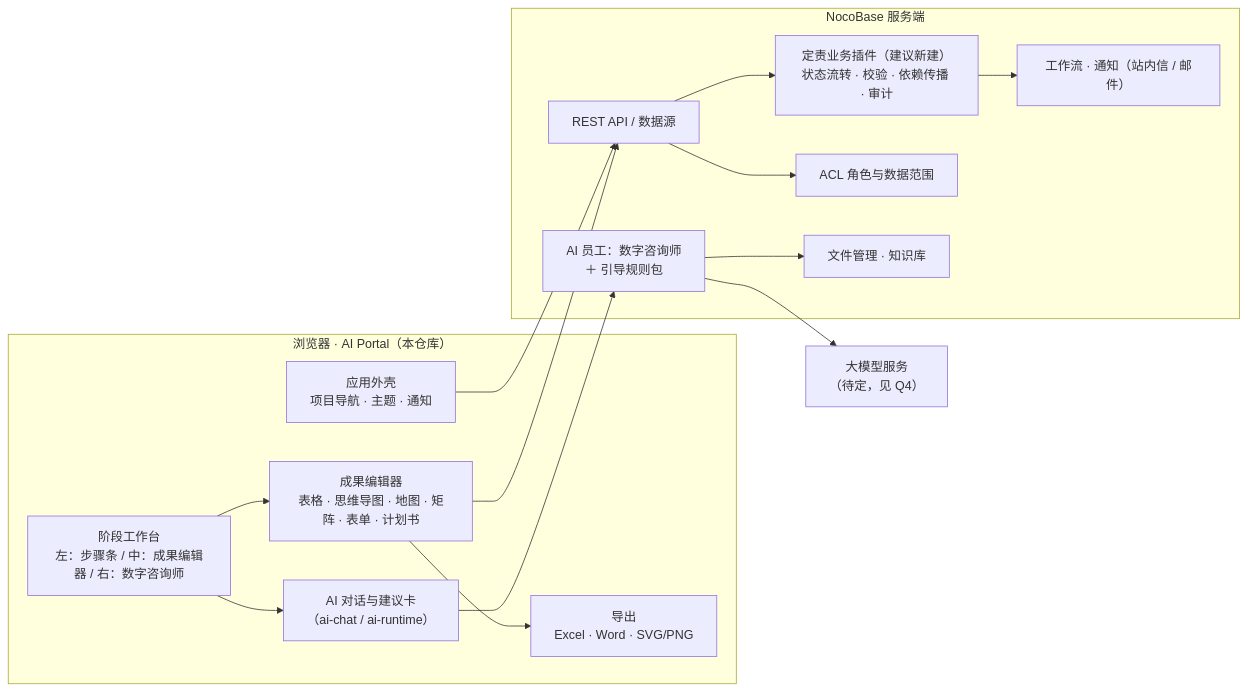
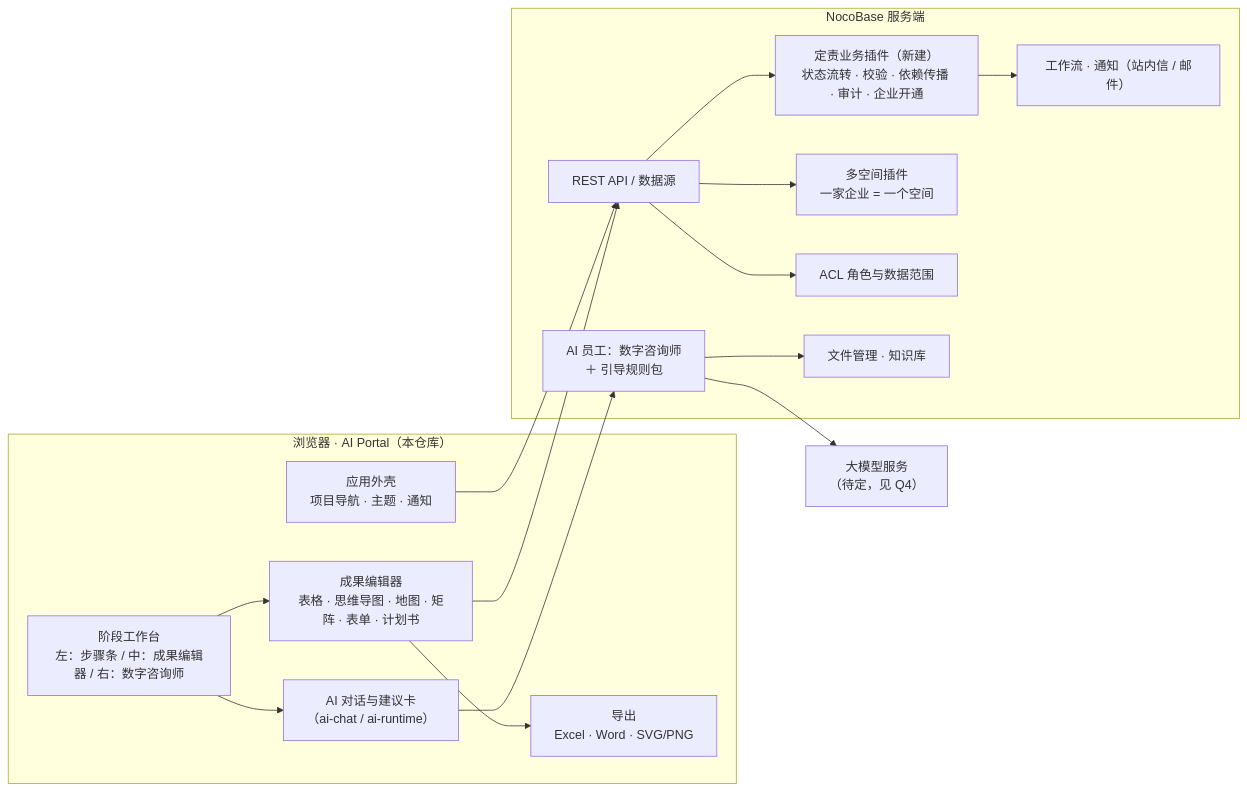
Before and after one commit to klinsmaya/portal-template-default: the first of 3 diagrams in docs/design/high-level-design.md, drawn with Mermaid. The commit also changed other lines of this file, not shown here.

First line of the commit message:
docs: record architecture decisions in high-level design

````diff
--- a/docs/design/high-level-design.md
+++ b/docs/design/high-level-design.md
@@ -34,33 +47,35 @@
 ```mermaid
 flowchart LR
   subgraph Browser["浏览器 · AI Portal（本仓库）"]
     Shell["应用外壳<br/>项目导航 · 主题 · 通知"]
     WB["阶段工作台<br/>左：步骤条 / 中：成果编辑器 / 右：数字咨询师"]
     Editors["成果编辑器<br/>表格 · 思维导图 · 地图 · 矩阵 · 表单 · 计划书"]
     AIUI["AI 对话与建议卡<br/>（ai-chat / ai-runtime）"]
     Export["导出<br/>Excel · Word · SVG/PNG"]
   end
 
   subgraph Server["NocoBase 服务端"]
     API["REST API / 数据源"]
-    Plugin["定责业务插件（建议新建）<br/>状态流转 · 校验 · 依赖传播 · 审计"]
+    Plugin["定责业务插件（新建）<br/>状态流转 · 校验 · 依赖传播 · 审计 · 企业开通"]
+    Space["多空间插件<br/>一家企业 = 一个空间"]
     ACL["ACL 角色与数据范围"]
     AIEmp["AI 员工：数字咨询师<br/>＋ 引导规则包"]
     WF["工作流 · 通知（站内信 / 邮件）"]
     Files["文件管理 · 知识库"]
   end
 
   LLM["大模型服务<br/>（待定，见 Q4）"]
 
   Shell --> API
   WB --> Editors
   WB --> AIUI
   Editors --> API
   Editors --> Export
   AIUI --> AIEmp
+  API --> Space
   API --> Plugin
   API --> ACL
   Plugin --> WF
   AIEmp --> LLM
   AIEmp --> Files
 ```
````
